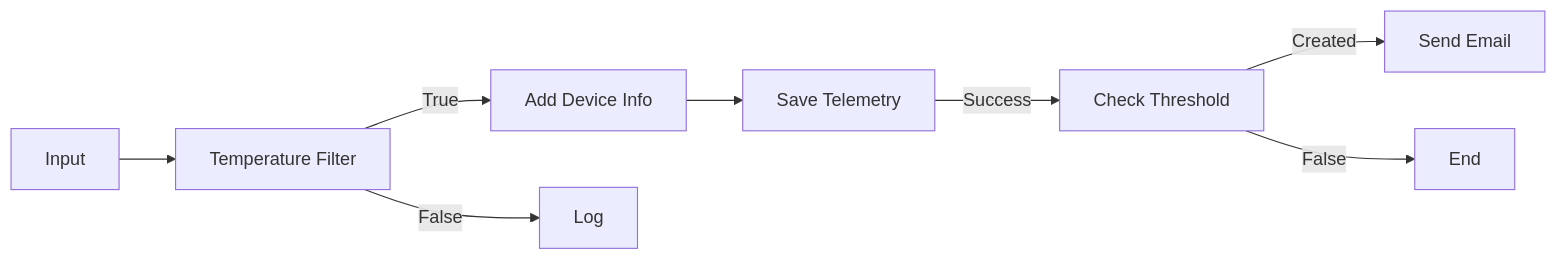
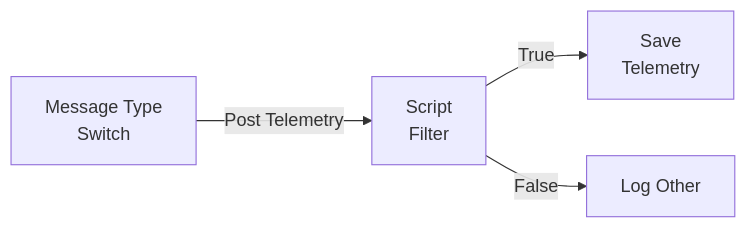
Before and after one commit to vx-daniel/tb-docs-project: the sixth of 10 diagrams in docs/04-rule-engine/README.md, drawn with Mermaid. The commit also changed other lines of this file and 37 other files, not shown here.

````diff
--- a/docs/04-rule-engine/README.md
+++ b/docs/04-rule-engine/README.md
@@ -495,10 +230,6 @@
 ```mermaid
 graph LR
-    INPUT[Input] --> FILTER[Temperature Filter]
-    FILTER -->|True| ENRICH[Add Device Info]
-    FILTER -->|False| LOG[Log]
-    ENRICH --> SAVE[Save Telemetry]
-    SAVE -->|Success| ALARM[Check Threshold]
-    ALARM -->|Created| NOTIFY[Send Email]
-    ALARM -->|False| END[End]
+    SWITCH[Message Type<br/>Switch] -->|Post Telemetry| FILTER[Script<br/>Filter]
+    FILTER -->|True| SAVE[Save<br/>Telemetry]
+    FILTER -->|False| LOG[Log Other]
 ```
````
